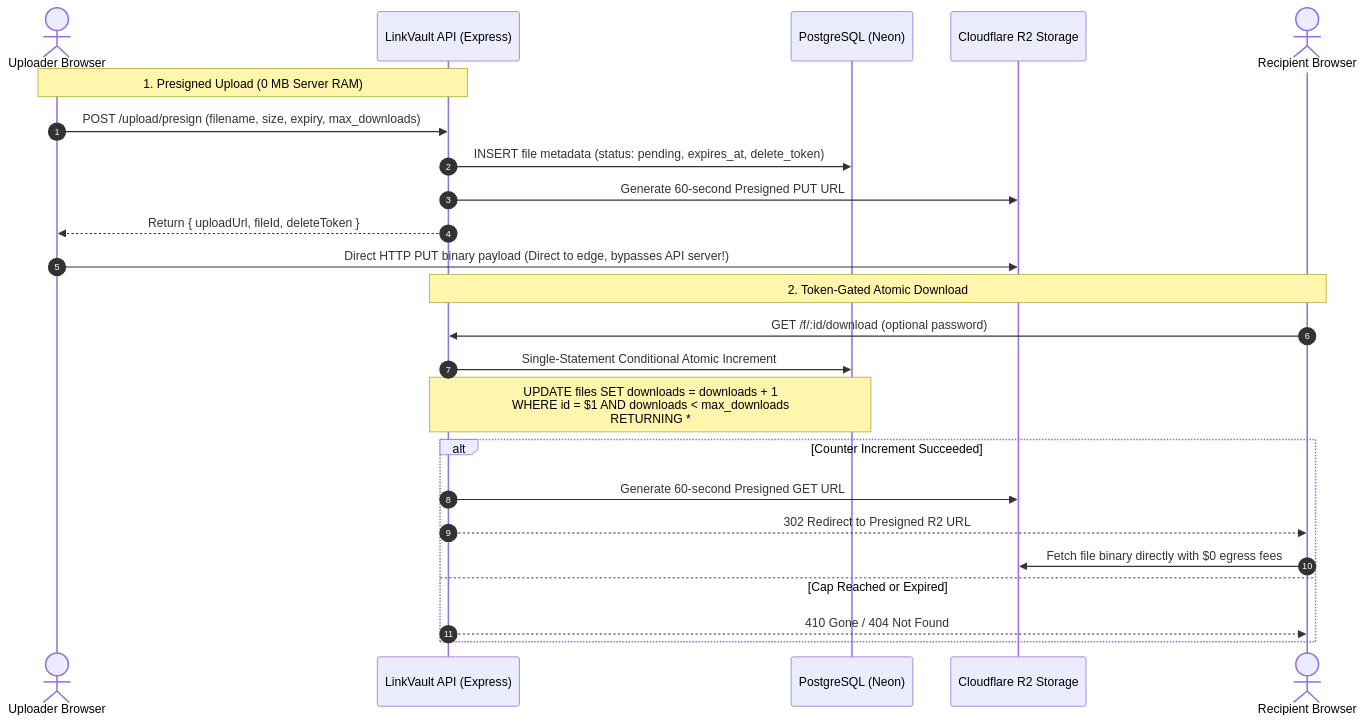
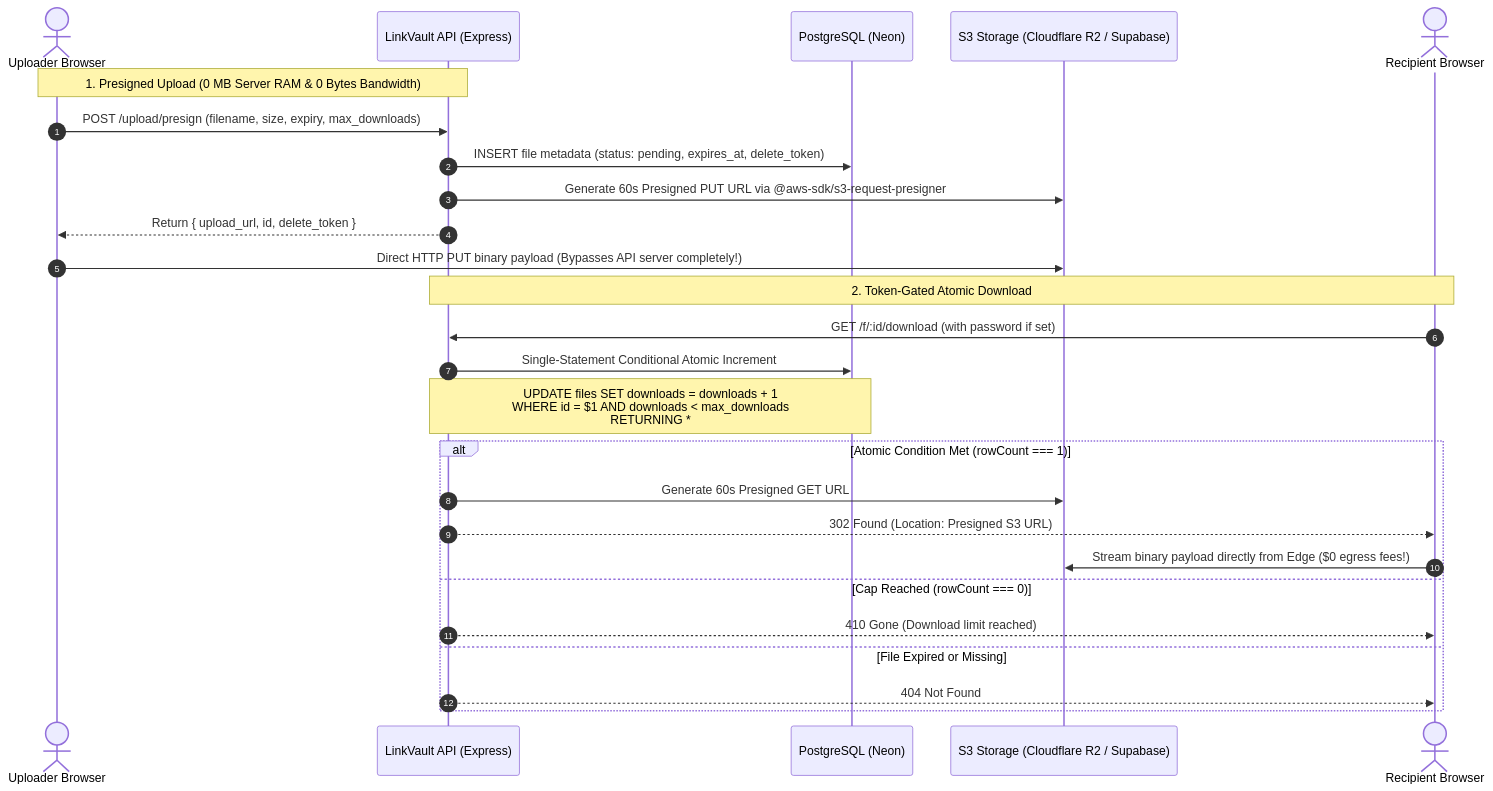
One commit to HarK-github/LinkVault changed the first of 3 diagrams in README.md. Above: the diagram before and after it, drawn with Mermaid. The commit also changed other lines of this file, not shown here.

Commit message:
docs: expand README with table of contents, tri-modal sequence diagrams, S3 CORS policy, and cURL API examples

````diff
--- a/README.md
+++ b/README.md
@@ -50,28 +69,30 @@
 ```mermaid
 sequenceDiagram
     autonumber
     actor Uploader as Uploader Browser
     participant API as LinkVault API (Express)
     participant DB as PostgreSQL (Neon)
-    participant R2 as Cloudflare R2 Storage
+    participant S3 as S3 Storage (Cloudflare R2 / Supabase)
     actor Downloader as Recipient Browser
 
-    Note over Uploader,API: 1. Presigned Upload (0 MB Server RAM)
+    Note over Uploader,API: 1. Presigned Upload (0 MB Server RAM & 0 Bytes Bandwidth)
     Uploader->>API: POST /upload/presign (filename, size, expiry, max_downloads)
     API->>DB: INSERT file metadata (status: pending, expires_at, delete_token)
-    API->>R2: Generate 60-second Presigned PUT URL
-    API-->>Uploader: Return { uploadUrl, fileId, deleteToken }
-    Uploader->>R2: Direct HTTP PUT binary payload (Direct to edge, bypasses API server!)
+    API->>S3: Generate 60s Presigned PUT URL via @aws-sdk/s3-request-presigner
+    API-->>Uploader: Return { upload_url, id, delete_token }
+    Uploader->>S3: Direct HTTP PUT binary payload (Bypasses API server completely!)
 
     Note over Downloader,API: 2. Token-Gated Atomic Download
-    Downloader->>API: GET /f/:id/download (optional password)
+    Downloader->>API: GET /f/:id/download (with password if set)
     API->>DB: Single-Statement Conditional Atomic Increment
     Note over API,DB: UPDATE files SET downloads = downloads + 1<br/>WHERE id = $1 AND downloads < max_downloads<br/>RETURNING *;
-    alt Counter Increment Succeeded
-        API->>R2: Generate 60-second Presigned GET URL
-        API-->>Downloader: 302 Redirect to Presigned R2 URL
-        Downloader->>R2: Fetch file binary directly with $0 egress fees
-    else Cap Reached or Expired
-        API-->>Downloader: 410 Gone / 404 Not Found
+    alt Atomic Condition Met (rowCount === 1)
+        API->>S3: Generate 60s Presigned GET URL
+        API-->>Downloader: 302 Found (Location: Presigned S3 URL)
+        Downloader->>S3: Stream binary payload directly from Edge ($0 egress fees!)
+    else Cap Reached (rowCount === 0)
+        API-->>Downloader: 410 Gone (Download limit reached)
+    else File Expired or Missing
+        API-->>Downloader: 404 Not Found
     end
 ```
````
